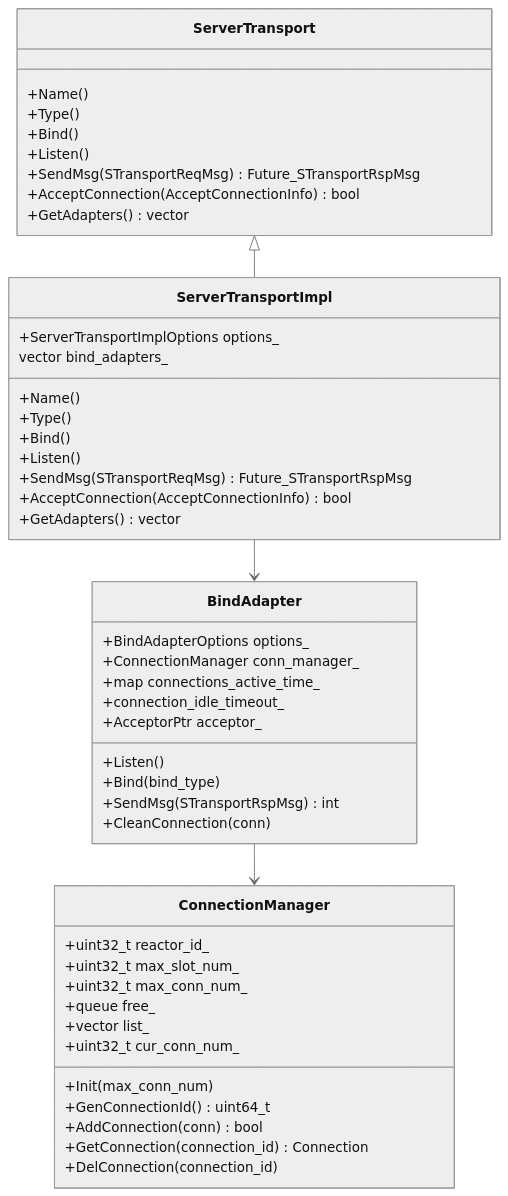
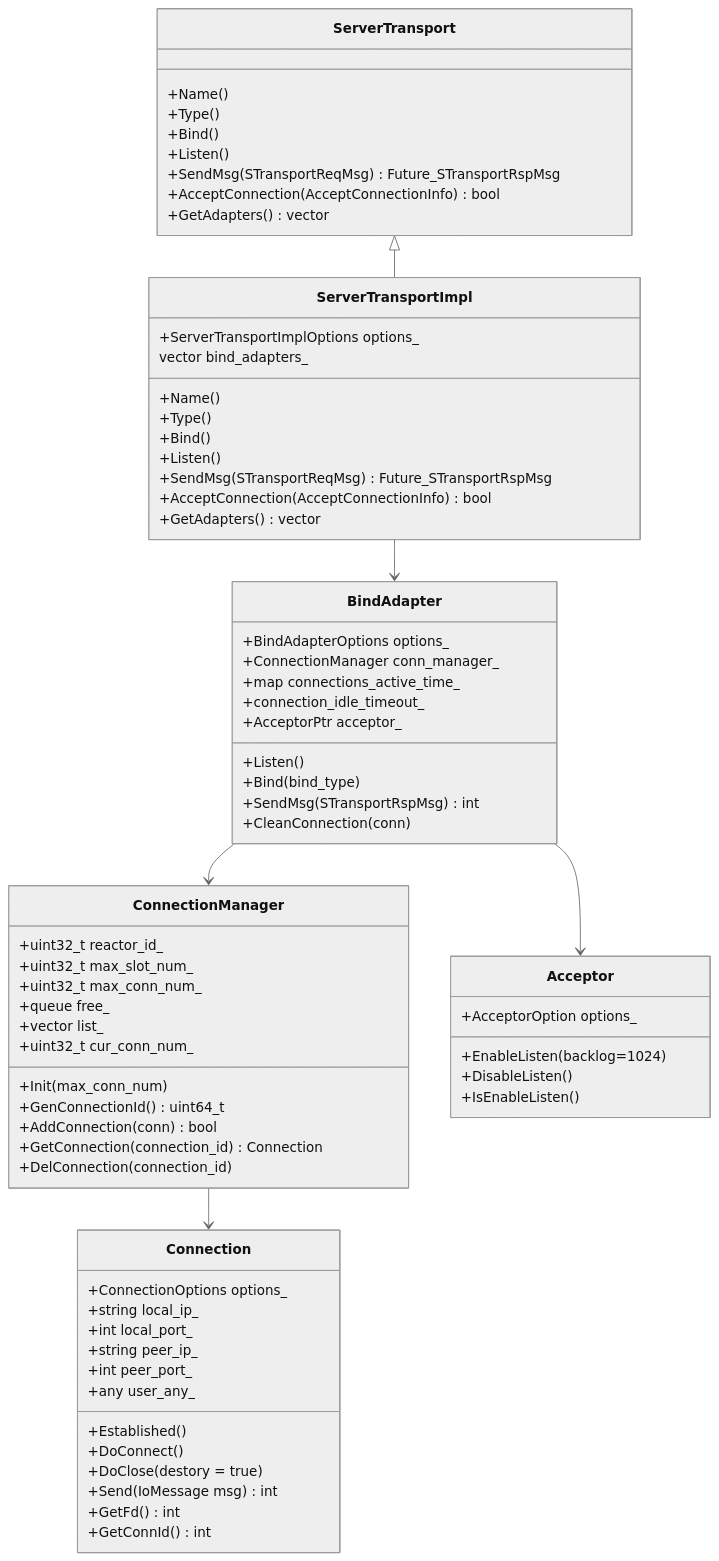
One commit to lsj9383/blog changed the first of 2 diagrams in posts/xrpc/xrpc-transport/server-transport.md. Above: the diagram before and after it, drawn with Mermaid (neutral theme). The commit also changed other lines of this file, not shown here.

````diff
--- a/posts/xrpc/xrpc-transport/server-transport.md
+++ b/posts/xrpc/xrpc-transport/server-transport.md
@@ -35,55 +37,79 @@
 ```mermaid
 classDiagram
 
 ServerTransport <|-- ServerTransportImpl
 ServerTransportImpl --> BindAdapter
 BindAdapter --> ConnectionManager
+BindAdapter --> Acceptor
+ConnectionManager --> Connection
 
 class ServerTransport {
   +Name()
   +Type()
   +Bind()
   +Listen()
   +SendMsg(STransportReqMsg) Future_STransportRspMsg
   +AcceptConnection(AcceptConnectionInfo) bool
   +GetAdapters() vector<BindAdapter*>
 }
 
 class ServerTransportImpl {
   +ServerTransportImplOptions options_
   vector<BindAdapter*> bind_adapters_
   +Name()
   +Type()
   +Bind()
   +Listen()
   +SendMsg(STransportReqMsg) Future_STransportRspMsg
   +AcceptConnection(AcceptConnectionInfo) bool
   +GetAdapters() vector<BindAdapter*>
 }
 
 class BindAdapter {
   +BindAdapterOptions options_
   +ConnectionManager conn_manager_
   +map<uint64_t, uint64_t> connections_active_time_
   +connection_idle_timeout_
   +AcceptorPtr acceptor_
   +Listen()
   +Bind(bind_type)
   +SendMsg(STransportRspMsg) int
   +CleanConnection(conn)
 }
 
 class ConnectionManager {
   +uint32_t reactor_id_
   +uint32_t max_slot_num_
   +uint32_t max_conn_num_
   +queue<uint64_t> free_
   +vector<Connection*> list_
   +uint32_t cur_conn_num_
   +Init(max_conn_num)
   +GenConnectionId() uint64_t
   +AddConnection(conn) bool
   +GetConnection(connection_id) Connection
   +DelConnection(connection_id)
 }
+
+class Acceptor {
+  +AcceptorOption options_
+  +EnableListen(backlog=1024)
+  +DisableListen()
+  +IsEnableListen()
+}
+
+class Connection {
+  +ConnectionOptions options_
+  +string local_ip_
+  +int local_port_
+  +string peer_ip_
+  +int peer_port_
+  +any user_any_
+  +Established()
+  +DoConnect()
+  +DoClose(destory = true)
+  +Send(IoMessage msg) int
+  +GetFd() int
+  +GetConnId() int
+}
 ```
````
